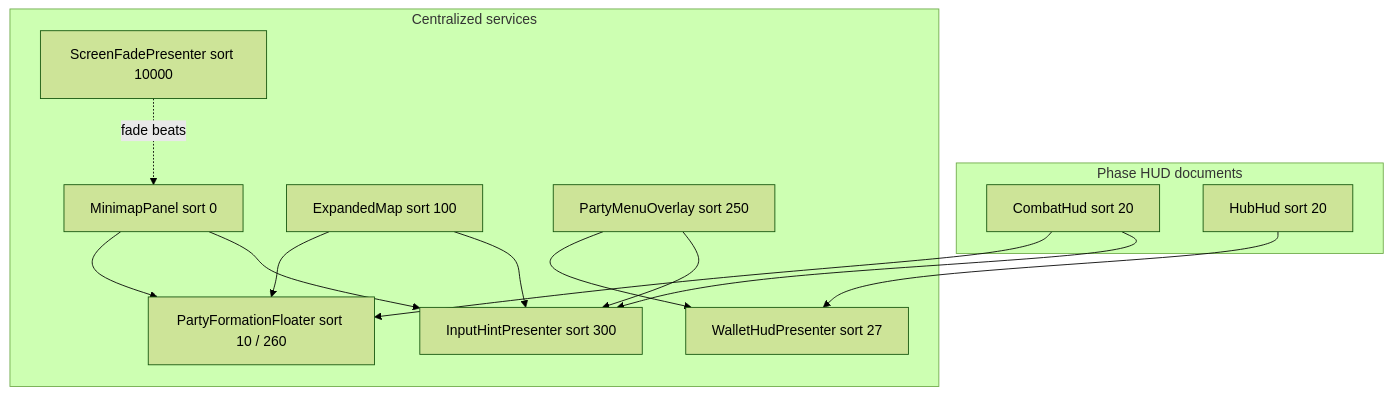
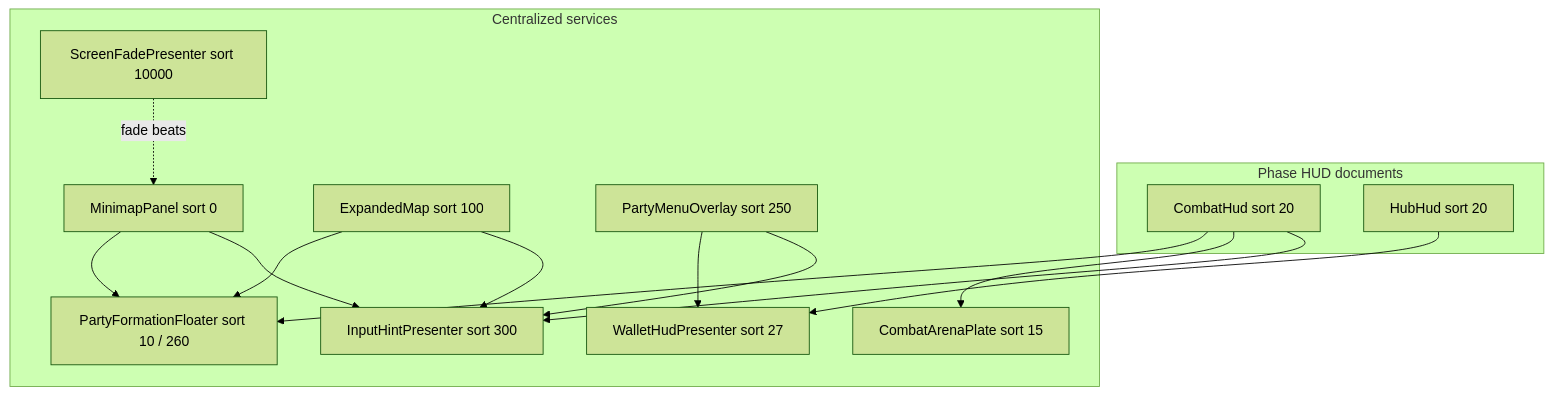
Before and after one commit to miramocha/griddungeon-design-docs: the first of 2 diagrams in docs/04-dev/centralized-ui-services.md, drawn with Mermaid (forest theme). The commit also changed other lines of this file and 11 other files, not shown here.

First line of the commit message:
Document combat arena plates and camera focus (ADR 046).

````diff
--- a/docs/04-dev/centralized-ui-services.md
+++ b/docs/04-dev/centralized-ui-services.md
@@ -29,28 +29,30 @@
 ```mermaid
 flowchart TB
   subgraph phase [Phase HUD documents]
     CH[CombatHud sort 20]
     HH[HubHud sort 20]
   end
 
   subgraph shared [Centralized services]
     MM[MinimapPanel sort 0]
     EXP[ExpandedMap sort 100]
     PF[PartyFormationFloater sort 10 / 260]
+    CAP[CombatArenaPlate sort 15]
     WH[WalletHudPresenter sort 27]
     PM[PartyMenuOverlay sort 250]
     IH[InputHintPresenter sort 300]
     SF[ScreenFadePresenter sort 10000]
   end
 
   MM --> PF
   EXP --> PF
   CH --> PF
+  CH --> CAP
   HH --> WH
   PM --> WH
   PM --> IH
   CH --> IH
   MM --> IH
   EXP --> IH
   SF -.->|fade beats| MM
 ```
````
